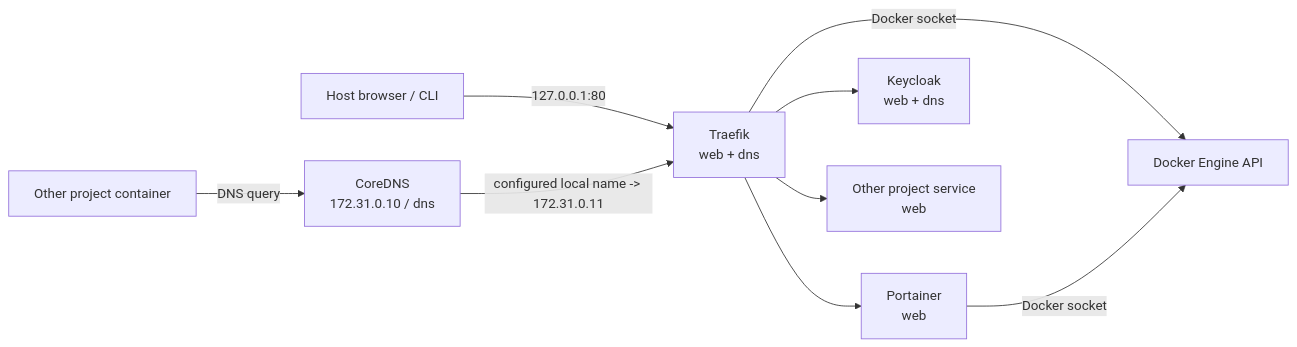
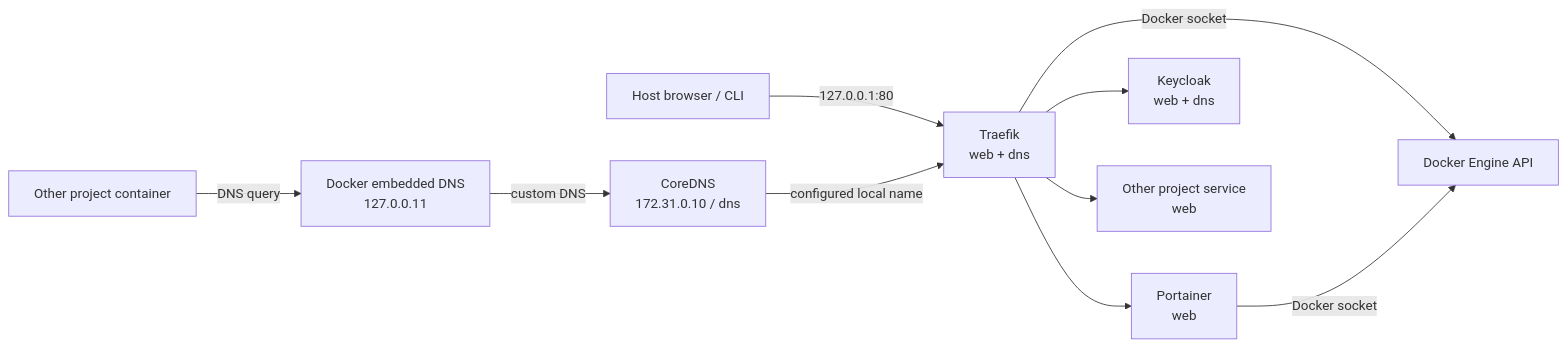
The first of 4 diagrams in docs/architecture.md (vnzzzz/docker-manager), drawn with Mermaid before and after one commit. The commit also changed other lines of this file, not shown here.

First line of the commit message:
architecture.mdに接続シーケンスを追加する (#22)

````diff
--- a/docs/architecture.md
+++ b/docs/architecture.md
@@ -8,20 +8,22 @@
 ```mermaid
 flowchart LR
     host["Host browser / CLI"]
     client["Other project container"]
+    embedded["Docker embedded DNS\n127.0.0.11"]
+    coredns["CoreDNS\n172.31.0.10 / dns"]
     traefik["Traefik\nweb + dns"]
-    coredns["CoreDNS\n172.31.0.10 / dns"]
     portainer["Portainer\nweb"]
     keycloak["Keycloak\nweb + dns"]
     app["Other project service\nweb"]
     docker["Docker Engine API"]
 
     host -->|"127.0.0.1:80"| traefik
-    client -->|"DNS query"| coredns
-    coredns -->|"configured local name -> 172.31.0.11"| traefik
+    client -->|"DNS query"| embedded
+    embedded -->|"custom DNS"| coredns
+    coredns -->|"configured local name"| traefik
     traefik --> portainer
     traefik --> keycloak
     traefik --> app
     traefik -->|"Docker socket"| docker
     portainer -->|"Docker socket"| docker
 ```
````
